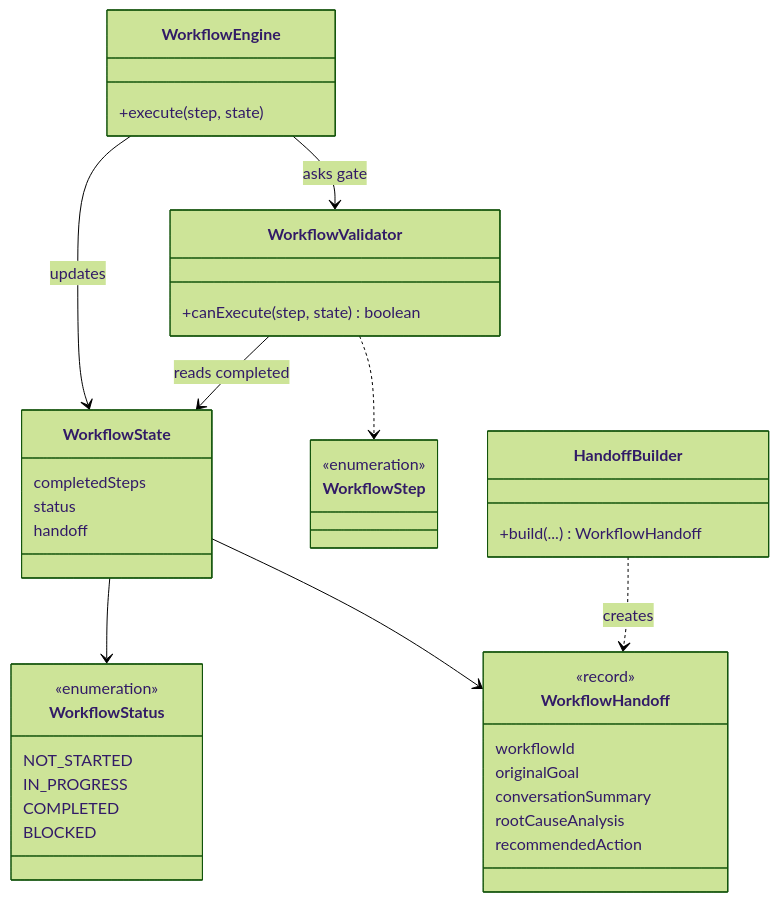
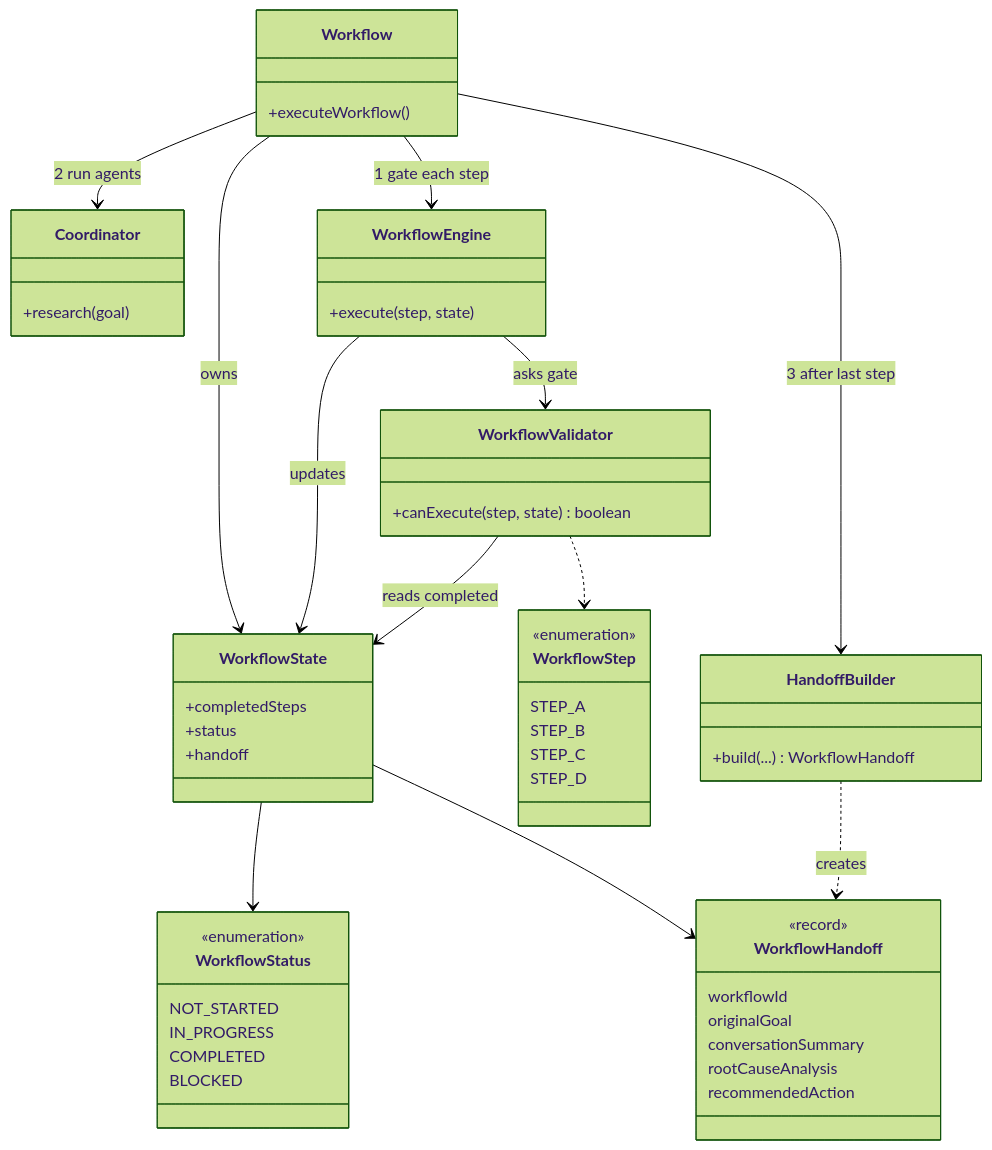
One commit to YashzAlphaGeek/agent-engineering-lab changed the eighth of 8 diagrams in README.md. Above: the diagram before and after it, drawn with Mermaid (forest theme). The commit also changed other lines of this file, not shown here.

Commit message:
update of README with mermaid diagram

````diff
--- a/README.md
+++ b/README.md
@@ -463,42 +476,56 @@
 ```mermaid
 classDiagram
+    class Workflow {
+        +executeWorkflow()
+    }
+    class Coordinator {
+        +research(goal)
+    }
     class WorkflowEngine {
         +execute(step, state)
     }
     class WorkflowValidator {
         +canExecute(step, state) boolean
     }
     class WorkflowState {
-        completedSteps
-        status
-        handoff
+        +completedSteps
+        +status
+        +handoff
     }
     class WorkflowStep {
         <<enumeration>>
+        STEP_A
+        STEP_B
+        STEP_C
+        STEP_D
     }
     class WorkflowStatus {
         <<enumeration>>
         NOT_STARTED
         IN_PROGRESS
         COMPLETED
         BLOCKED
     }
     class WorkflowHandoff {
         <<record>>
         workflowId
         originalGoal
         conversationSummary
         rootCauseAnalysis
         recommendedAction
     }
     class HandoffBuilder {
         +build(...) WorkflowHandoff
     }
+    Workflow --> WorkflowEngine : 1 gate each step
+    Workflow --> Coordinator : 2 run agents
+    Workflow --> HandoffBuilder : 3 after last step
+    Workflow --> WorkflowState : owns
     WorkflowEngine --> WorkflowValidator : asks gate
     WorkflowEngine --> WorkflowState : updates
     WorkflowValidator --> WorkflowState : reads completed
     WorkflowState --> WorkflowStatus
     WorkflowState --> WorkflowHandoff
     HandoffBuilder ..> WorkflowHandoff : creates
     WorkflowValidator ..> WorkflowStep
 ```
````
